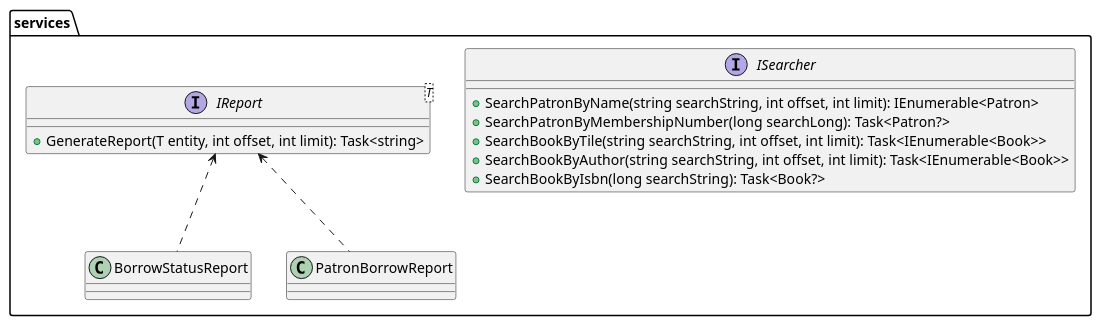
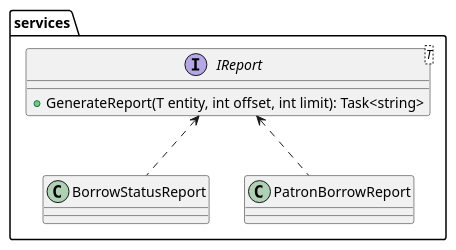
Before and after one commit to programacion-6/Opcion1LosBorbotones: the diagram in system-design/class-diagram/domain/services.puml, drawn with PlantUML. The commit also changed 1 other file, not shown here.

Commit message:
chore: updated class diagram

```diff
--- a/system-design/class-diagram/domain/services.puml
+++ b/system-design/class-diagram/domain/services.puml
@@ -1,17 +1,9 @@
 @startuml
 package services {
-    interface ISearcher {
-        + SearchPatronByName(string searchString, int offset, int limit): IEnumerable<Patron>
-        + SearchPatronByMembershipNumber(long searchLong): Task<Patron?>
-        + SearchBookByTile(string searchString, int offset, int limit): Task<IEnumerable<Book>>
-        + SearchBookByAuthor(string searchString, int offset, int limit): Task<IEnumerable<Book>>
-        + SearchBookByIsbn(long searchString): Task<Book?>
-    }
-
     interface IReport<T> {
         + GenerateReport(T entity, int offset, int limit): Task<string>
     }
     IReport <.. BorrowStatusReport
     IReport <.. PatronBorrowReport
 }
 @enduml
```
